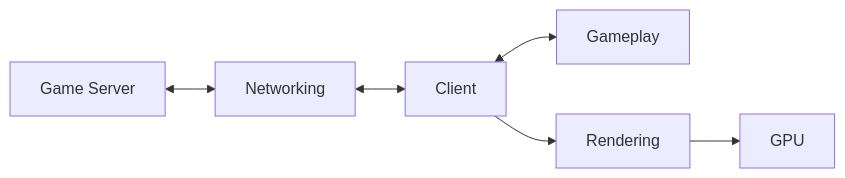
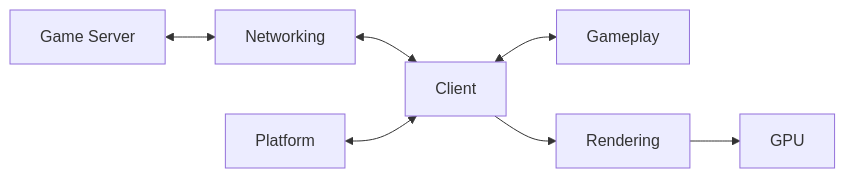
One commit to berniemackie97/OpenConquerClient changed the second of 3 diagrams in docs/architecture/architecture.md. Above: the diagram before and after it, drawn with Mermaid. The commit also changed other lines of this file and 7 other files, not shown here.

````diff
--- a/docs/architecture/architecture.md
+++ b/docs/architecture/architecture.md
@@ -40,15 +53,17 @@
 ```mermaid
 flowchart LR
     Server["Game Server"]
     Networking["Networking"]
     Client["Client"]
+    Platform["Platform"]
     Gameplay["Gameplay"]
     Rendering["Rendering"]
     GPU["GPU"]
 
     Server <--> Networking
     Networking <--> Client
+    Platform <--> Client
     Client <--> Gameplay
     Client --> Rendering
     Rendering --> GPU
 ```
````
